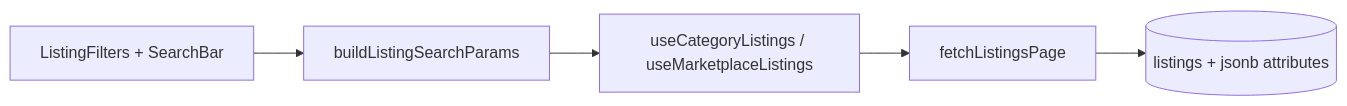
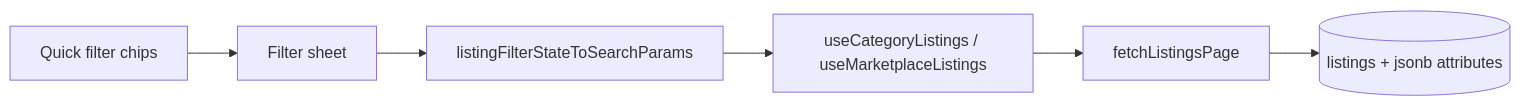
The diagram in docs/marketplace-architecture.md (Blvou/sakto), drawn with Mermaid before and after one commit. The commit also changed other lines of this file and 5 other files, not shown here.

````diff
--- a/docs/marketplace-architecture.md
+++ b/docs/marketplace-architecture.md
@@ -32,7 +43,8 @@
 ```mermaid
 flowchart LR
-  UI[ListingFilters + SearchBar] --> buildParams[buildListingSearchParams]
-  buildParams --> Hook[useCategoryListings / useMarketplaceListings]
+  QuickChips[Quick filter chips] --> Sheet[Filter sheet]
+  Sheet --> Params[listingFilterStateToSearchParams]
+  Params --> Hook[useCategoryListings / useMarketplaceListings]
   Hook --> API[fetchListingsPage]
   API --> DB[(listings + jsonb attributes)]
 ```
````
